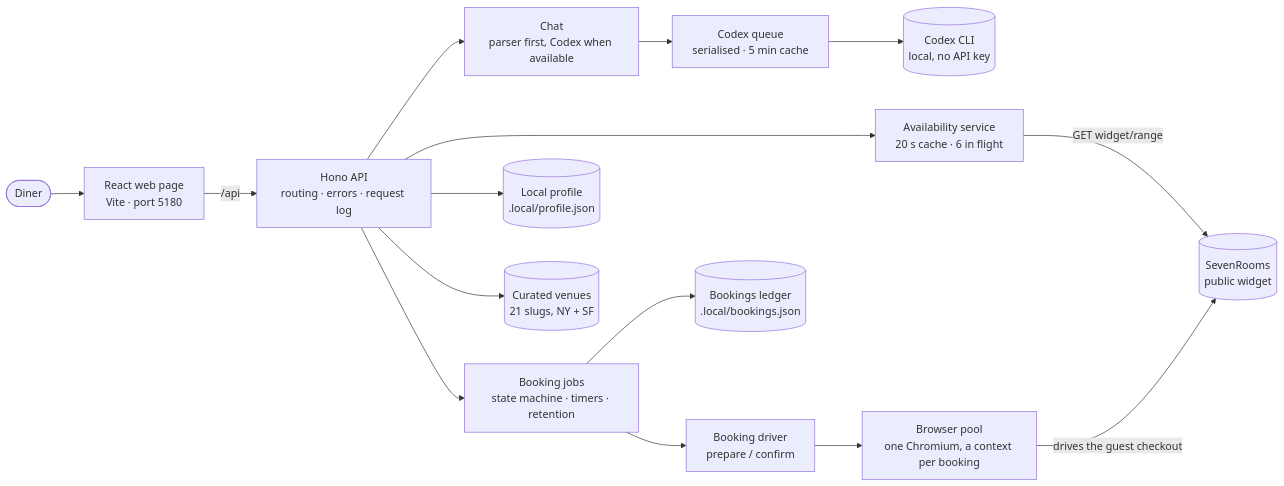
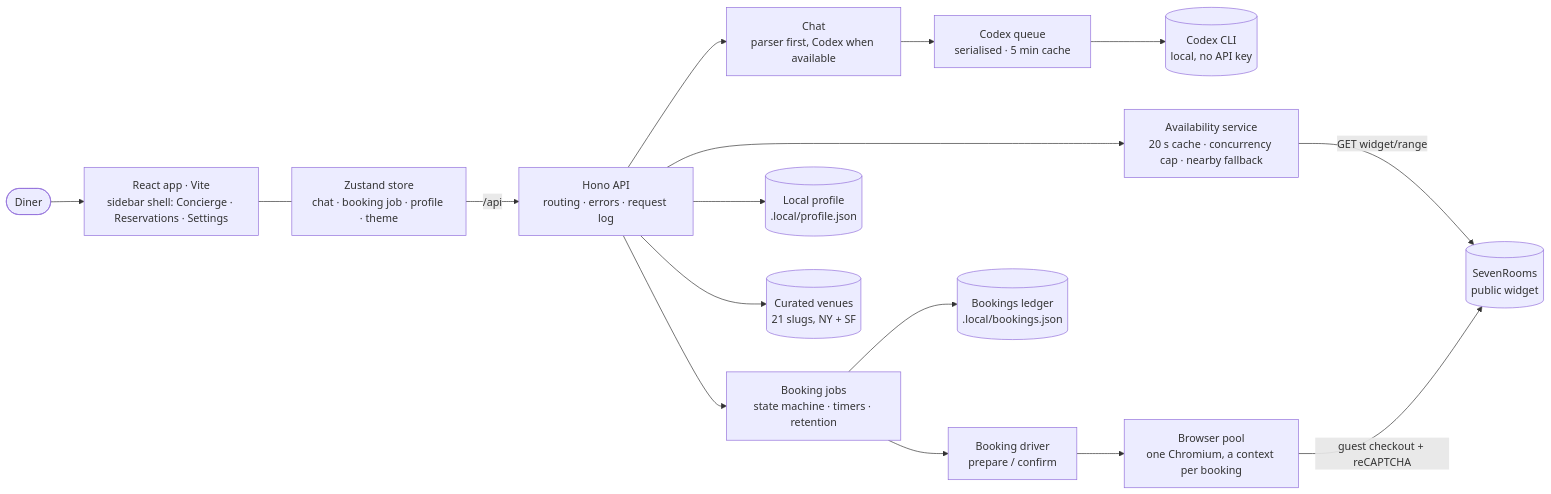
Before and after one commit to Dileep2896/pearl-table-concierge: the first of 7 diagrams in ARCHITECTURE.md, drawn with Mermaid. The commit also changed other lines of this file and 7 other files, not shown here.

````diff
--- a/ARCHITECTURE.md
+++ b/ARCHITECTURE.md
@@ -7,17 +9,18 @@
 ```mermaid
 flowchart LR
-  D([Diner]) --> UI[React web page<br/>Vite · port 5180]
-  UI -->|/api| API[Hono API<br/>routing · errors · request log]
+  D([Diner]) --> UI[React app · Vite<br/>sidebar shell: Concierge · Reservations · Settings]
+  UI --- ST[Zustand store<br/>chat · booking job · profile · theme]
+  ST -->|/api| API[Hono API<br/>routing · errors · request log]
   API --> CH[Chat<br/>parser first, Codex when available]
   CH --> CQ[Codex queue<br/>serialised · 5 min cache]
   CQ --> CX[(Codex CLI<br/>local, no API key)]
-  API --> AV[Availability service<br/>20 s cache · 6 in flight]
+  API --> AV[Availability service<br/>20 s cache · concurrency cap · nearby fallback]
   AV -->|GET widget/range| SR[(SevenRooms<br/>public widget)]
   API --> JB[Booking jobs<br/>state machine · timers · retention]
   JB --> BK[Booking driver<br/>prepare / confirm]
   BK --> BP[Browser pool<br/>one Chromium, a context per booking]
-  BP -->|drives the guest checkout| SR
+  BP -->|guest checkout + reCAPTCHA| SR
   JB --> LG[(Bookings ledger<br/>.local/bookings.json)]
   API --> PF[(Local profile<br/>.local/profile.json)]
   API --> VN[(Curated venues<br/>21 slugs, NY + SF)]
 ```
````
